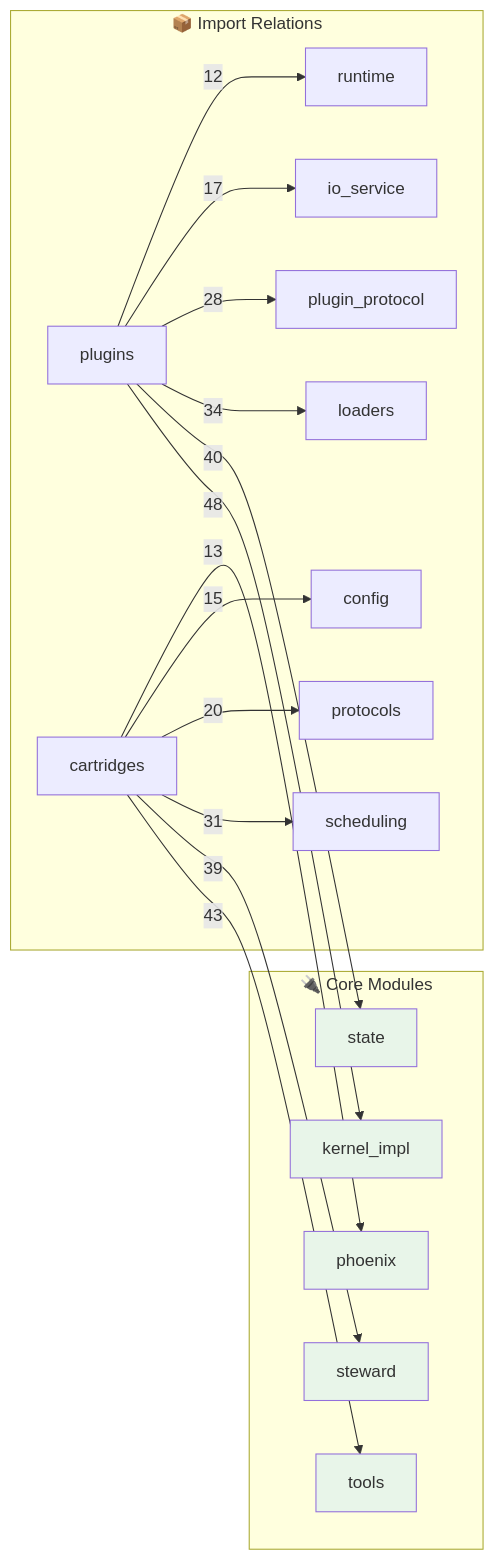
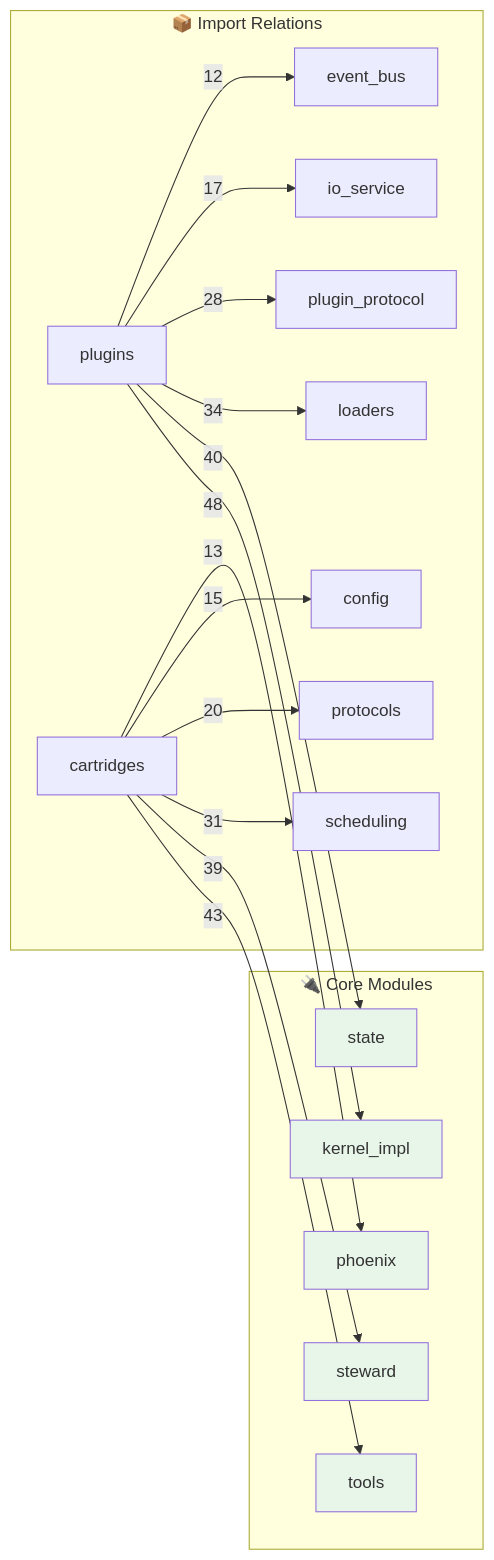
The second of 2 diagrams in OPUS.md (kimeisele/steward-protocol), drawn with Mermaid before and after one commit. The commit also changed other lines of this file and 19 other files, not shown here.

````diff
--- a/OPUS.md
+++ b/OPUS.md
@@ -721,31 +736,31 @@
 ```mermaid
 flowchart LR
     subgraph Core["🔌 Core Modules"]
         kernel_impl[kernel_impl]
         steward[steward]
         tools[tools]
         state[state]
         phoenix[phoenix]
     end
 
     subgraph Edges["📦 Import Relations"]
         plugins -->|48| kernel_impl
         cartridges -->|43| tools
         plugins -->|40| state
         cartridges -->|39| steward
         plugins -->|34| loaders
         cartridges -->|31| scheduling
         plugins -->|28| plugin_protocol
         cartridges -->|20| protocols
         plugins -->|17| io_service
         cartridges -->|15| config
         cartridges -->|13| phoenix
-        plugins -->|12| runtime
+        plugins -->|12| event_bus
     end
 
     style kernel_impl fill:#e8f5e9
     style steward fill:#e8f5e9
     style tools fill:#e8f5e9
     style state fill:#e8f5e9
     style phoenix fill:#e8f5e9
 ```
````
